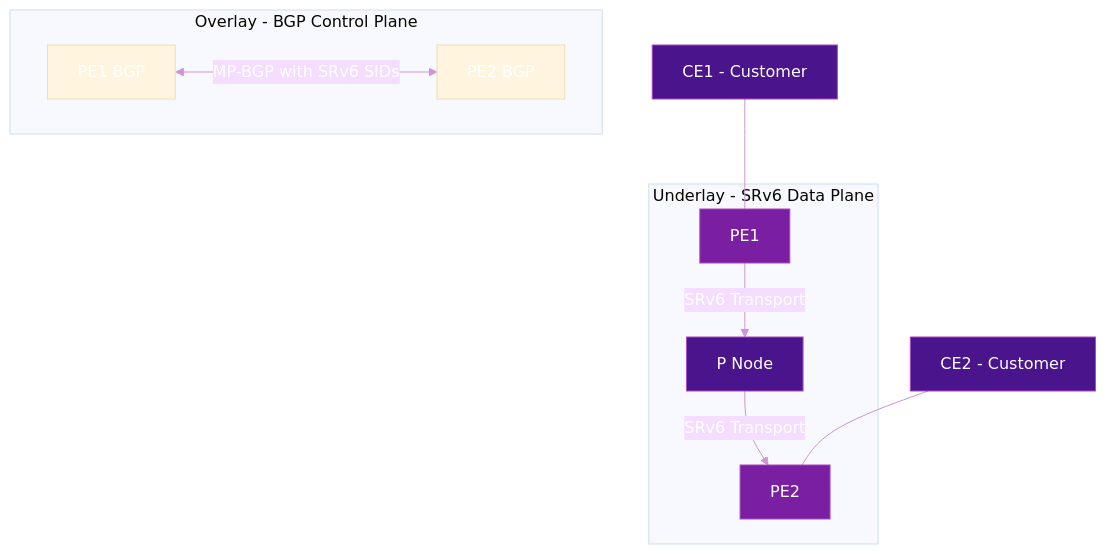
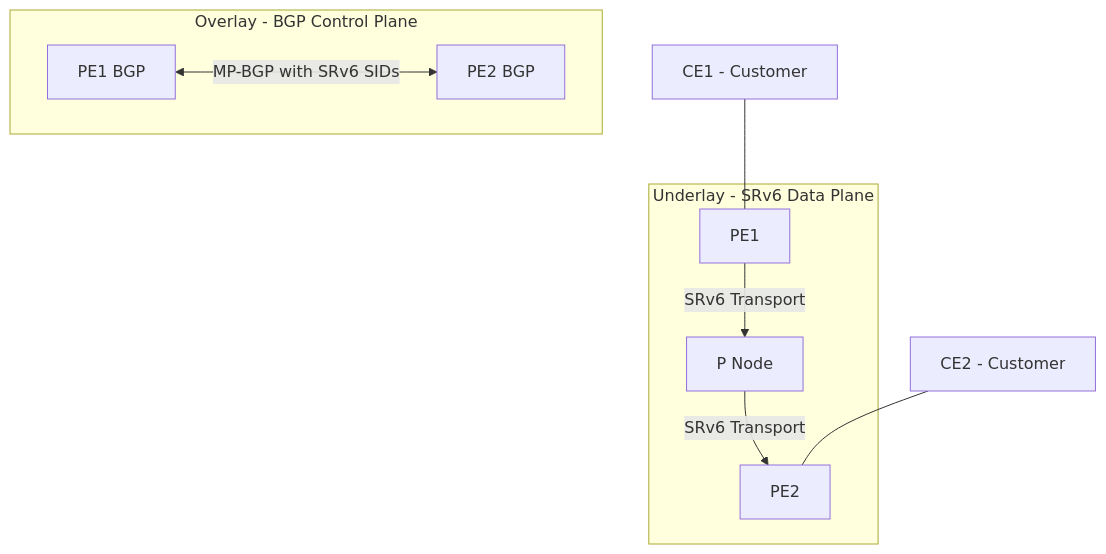
The diagram in docs/topics/bgp-overlay-services.md (eldaninavas/srv6.md), drawn with Mermaid before and after one commit. The commit also changed 29 other files, not shown here.

First line of the commit message:
fix(mermaid): apply theme-aware colors site-wide

````diff
--- a/docs/topics/bgp-overlay-services.md
+++ b/docs/topics/bgp-overlay-services.md
@@ -18,21 +18,14 @@
 ```mermaid
-%%{init: {"theme": "base", "themeVariables": {"primaryTextColor": "#fff", "lineColor": "#ce93d8", "textColor": "#fff"}}}%%
 graph TB
     subgraph Overlay - BGP Control Plane
         BGP1[PE1 BGP] <-->|MP-BGP with SRv6 SIDs| BGP2[PE2 BGP]
     end
 
     subgraph Underlay - SRv6 Data Plane
         PE1[PE1] -->|SRv6 Transport| P1[P Node]
         P1 -->|SRv6 Transport| PE2[PE2]
     end
 
     CE1[CE1 - Customer] --- PE1
     CE2[CE2 - Customer] --- PE2
-
-    style PE1 fill:#7b1fa2,color:#fff,stroke:#ab47bc
-    style PE2 fill:#7b1fa2,color:#fff,stroke:#ab47bc
-    style P1 fill:#4a148c,color:#fff,stroke:#ab47bc
-    style CE1 fill:#4a148c,color:#fff,stroke:#ab47bc
-    style CE2 fill:#4a148c,color:#fff,stroke:#ab47bc
 ```
````
